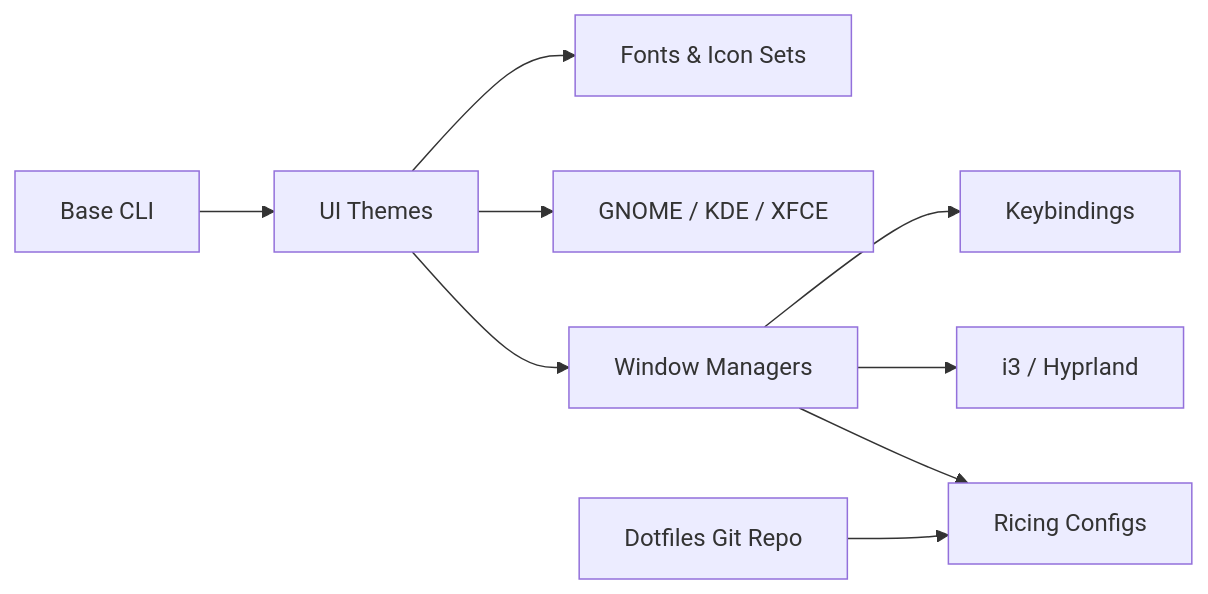
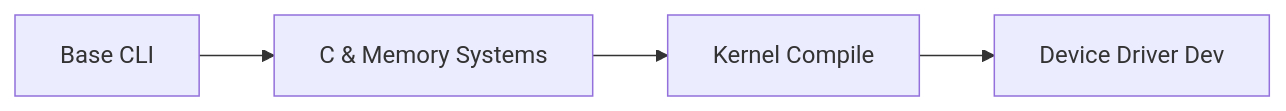
One commit to Harshajaya13/Foss-Club changed the seventh of 7 diagrams in phase2.md. Above: the diagram before and after it, drawn with Mermaid. The commit also changed other lines of this file and 2 other files, not shown here.

````diff
--- a/phase2.md
+++ b/phase2.md
@@ -152,15 +207,6 @@
 ```mermaid
 graph LR
-    Base["Base CLI"] --> UI["UI Themes"]
-    UI --> WM["Window Managers"]
-    WM --> Config["Ricing Configs"]
-    
-    UI --> DE["GNOME / KDE / XFCE"]
-    UI --> Icons["Fonts & Icon Sets"]
-    
-    WM --> Tiling["i3 / Hyprland"]
-    WM --> Hotkeys["Keybindings"]
-    
-    ConfigDot["Dotfiles Git Repo"]
-    ConfigDot --> Config
+    Base["Base CLI"] --> Memory["C & Memory Systems"]
+    Memory --> Compilation["Kernel Compile"]
+    Compilation --> Drivers["Device Driver Dev"]
 ```
````
